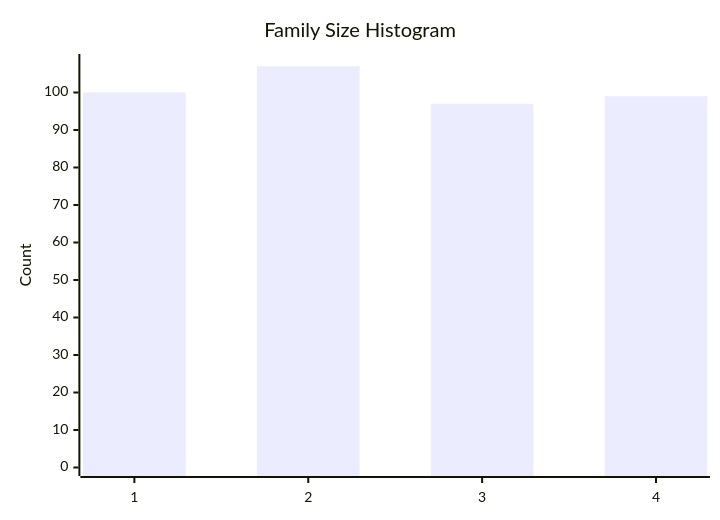
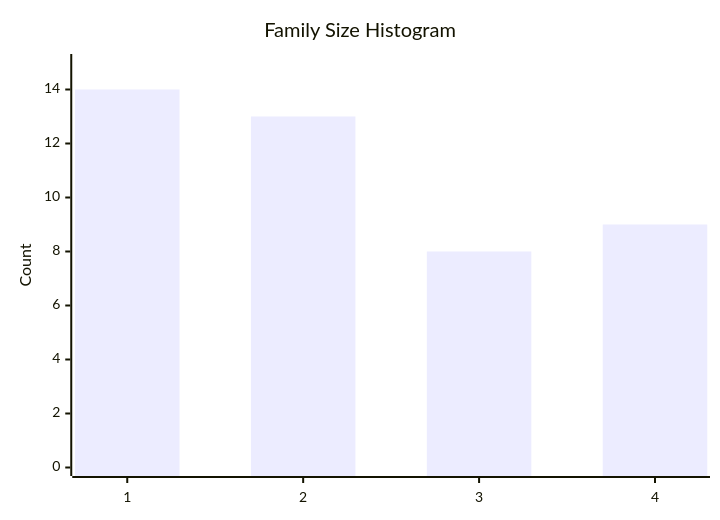
The fifth of 10 diagrams in test-tools/DataGen/src/Statistics_Visualizer.md (dhagan-va/intern-2025), drawn with Mermaid before and after one commit. The commit also changed other lines of this file and 2 other files, not shown here.

````diff
--- a/test-tools/DataGen/src/Statistics_Visualizer.md
+++ b/test-tools/DataGen/src/Statistics_Visualizer.md
@@ -58,7 +58,7 @@
 ```mermaid
 xychart-beta
     title "Family Size Histogram"
     x-axis ["1", "2", "3", "4"]
-    y-axis "Count" 0 --> 108
-    bar [100, 107, 97, 99]
+    y-axis "Count" 0 --> 15
+    bar [14, 13, 8, 9]
 ```
````
